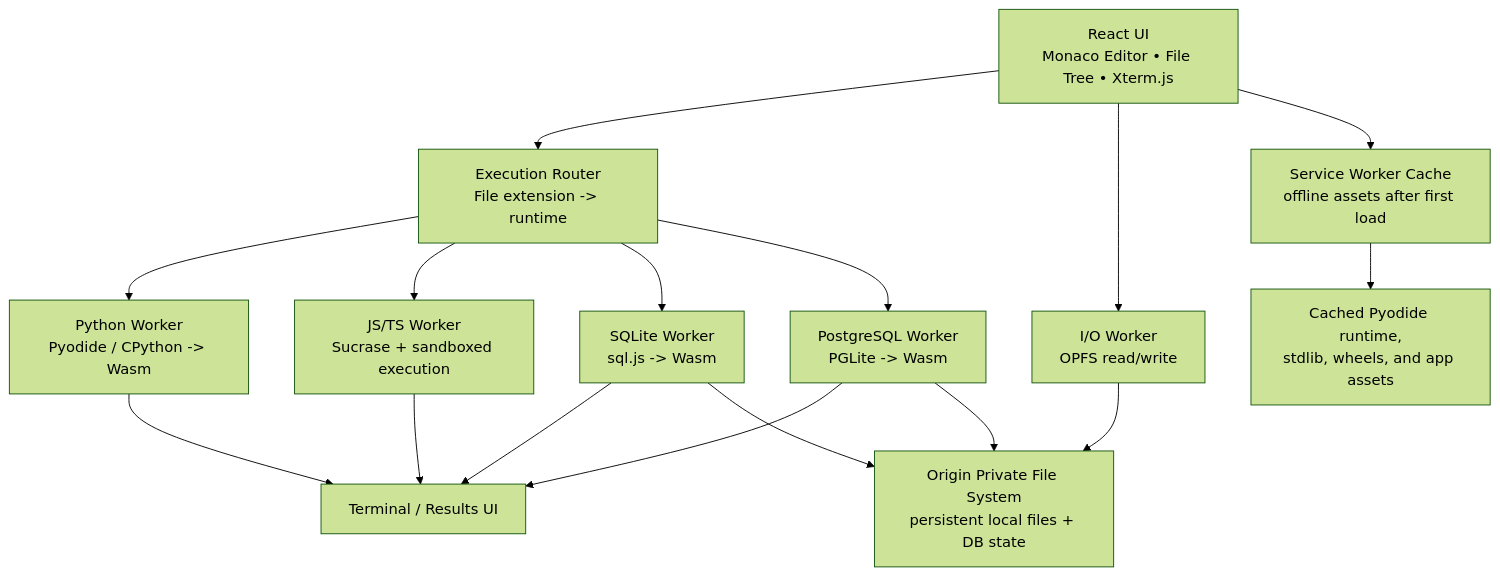
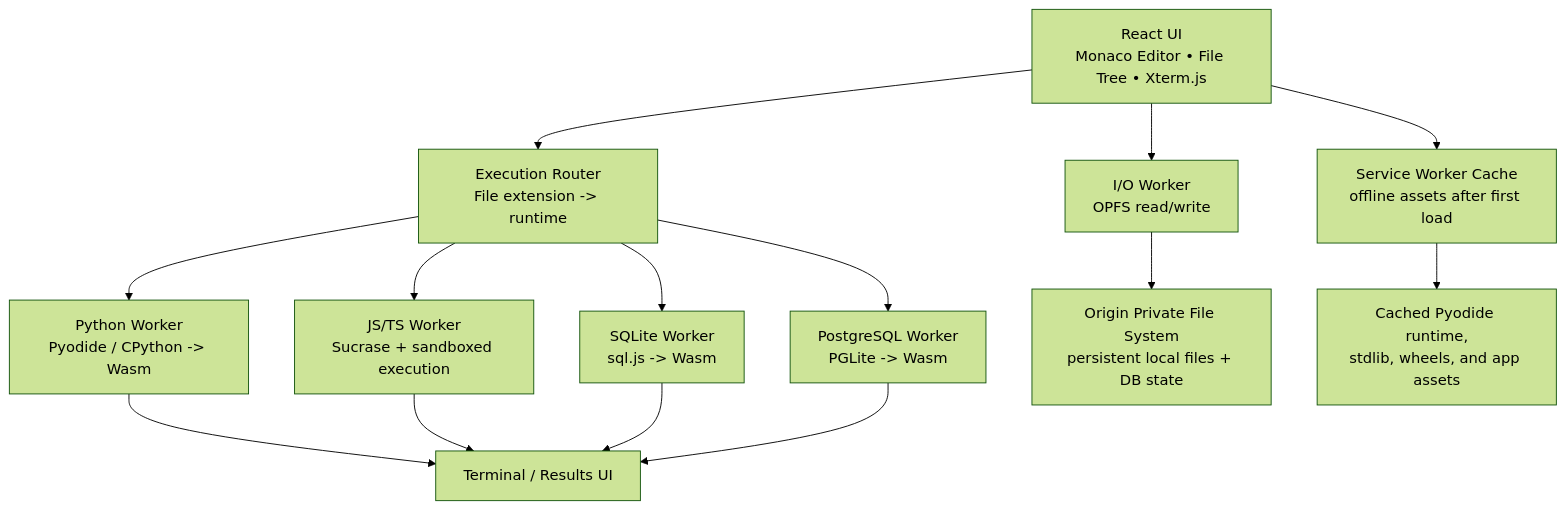
Before and after one commit to Tarunpathak001/wasmForge: the first of 2 diagrams in README.md, drawn with Mermaid (forest theme). The commit also changed other lines of this file, not shown here.

````diff
--- a/README.md
+++ b/README.md
@@ -34,21 +34,19 @@
 ```mermaid
 flowchart TD
     UI["React UI<br/>Monaco Editor • File Tree • Xterm.js"] --> Router["Execution Router<br/>File extension -> runtime"]
     UI --> IO["I/O Worker<br/>OPFS read/write"]
     UI --> SW["Service Worker Cache<br/>offline assets after first load"]
 
     Router --> PY["Python Worker<br/>Pyodide / CPython -> Wasm"]
     Router --> JS["JS/TS Worker<br/>Sucrase + sandboxed execution"]
     Router --> SQ["SQLite Worker<br/>sql.js -> Wasm"]
     Router --> PG["PostgreSQL Worker<br/>PGLite -> Wasm"]
 
     PY --> TERM["Terminal / Results UI"]
     JS --> TERM
     SQ --> TERM
     PG --> TERM
 
     IO --> OPFS["Origin Private File System<br/>persistent local files + DB state"]
-    SQ --> OPFS
-    PG --> OPFS
     SW --> CACHE["Cached Pyodide runtime,<br/>stdlib, wheels, and app assets"]
 ```
````
